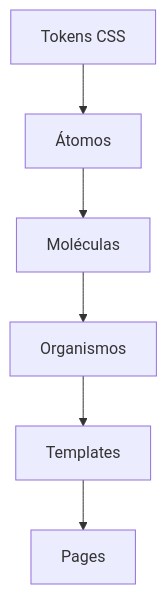
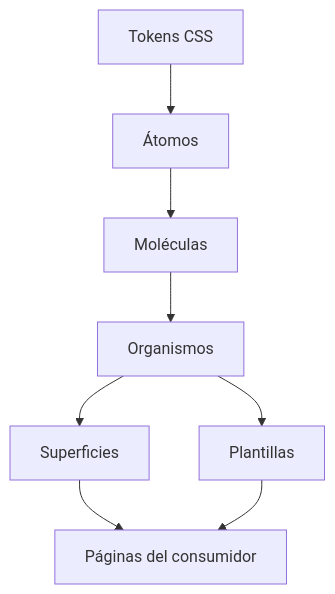
One commit to archware/-Atomic-UI changed the diagram in .agents/workflows/atomic-design-guide.md. Above: the diagram before and after it, drawn with Mermaid. The commit also changed other lines of this file and 26 other files, not shown here.

````diff
--- a/.agents/workflows/atomic-design-guide.md
+++ b/.agents/workflows/atomic-design-guide.md
@@ -10,8 +21,10 @@
 ```mermaid
 graph TB
     A[Tokens CSS] --> B[Átomos]
     B --> C[Moléculas]
     C --> D[Organismos]
-    D --> E[Templates]
-    E --> F[Pages]
+    D --> E[Superficies]
+    D --> F[Plantillas]
+    E --> G[Páginas del consumidor]
+    F --> G
 ```
````
